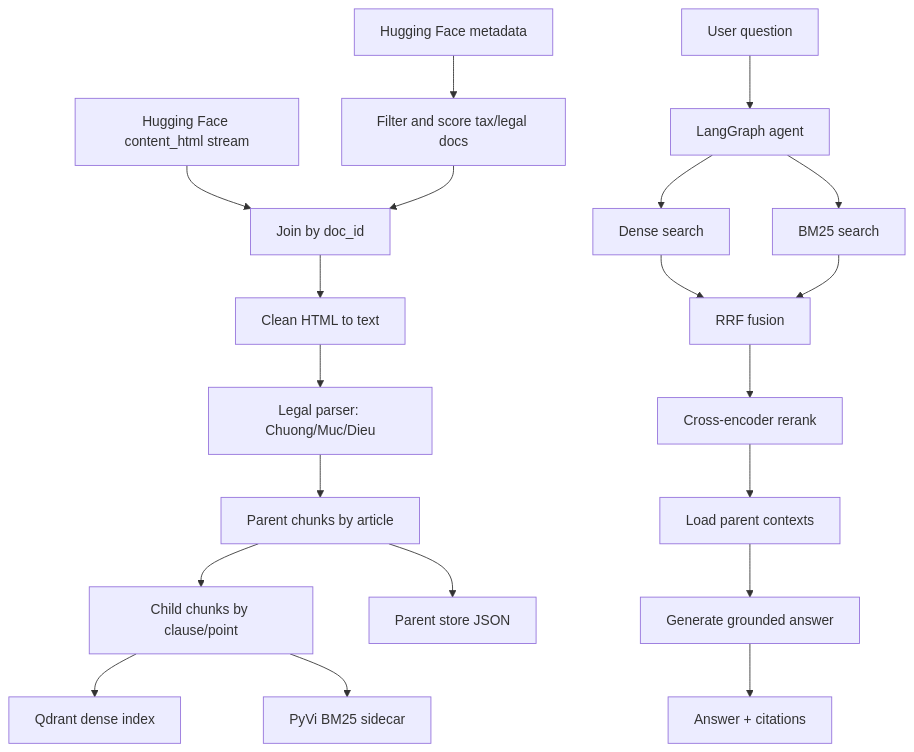
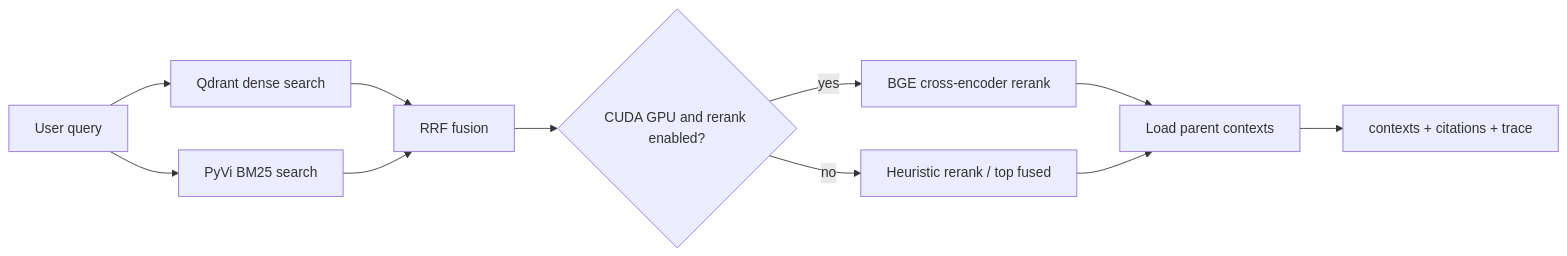
One commit to DuongDucMinh/AGENTIC-RAG changed the first of 3 diagrams in HUONG_DAN_CHAY_TUNG_PHAN.md. Above: the diagram before and after it, drawn with Mermaid. The commit also changed other lines of this file and 30 other files, not shown here.

````diff
--- a/HUONG_DAN_CHAY_TUNG_PHAN.md
+++ b/HUONG_DAN_CHAY_TUNG_PHAN.md
@@ -269,22 +96,13 @@
 ```mermaid
-flowchart TD
-    A["Hugging Face metadata"] --> B["Filter and score tax/legal docs"]
-    C["Hugging Face content_html stream"] --> D["Join by doc_id"]
-    B --> D
-    D --> E["Clean HTML to text"]
-    E --> F["Legal parser: Chuong/Muc/Dieu"]
-    F --> G["Parent chunks by article"]
-    G --> H["Child chunks by clause/point"]
-    G --> I["Parent store JSON"]
-    H --> J["Qdrant dense index"]
-    H --> BM["PyVi BM25 sidecar"]
-    K["User question"] --> L["LangGraph agent"]
-    L --> M["Dense search"]
-    L --> N["BM25 search"]
-    M --> R["RRF fusion"]
-    N --> R
-    R --> CE["Cross-encoder rerank"]
-    CE --> O["Load parent contexts"]
-    O --> P["Generate grounded answer"]
-    P --> Q["Answer + citations"]
+flowchart LR
+    Q["User query"] --> D["Qdrant dense search"]
+    Q --> B["PyVi BM25 search"]
+    D --> R["RRF fusion"]
+    B --> R
+    R --> C{"CUDA GPU and rerank enabled?"}
+    C -->|"yes"| CE["BGE cross-encoder rerank"]
+    C -->|"no"| H["Heuristic rerank / top fused"]
+    CE --> P["Load parent contexts"]
+    H --> P
+    P --> O["contexts + citations + trace"]
 ```
````
